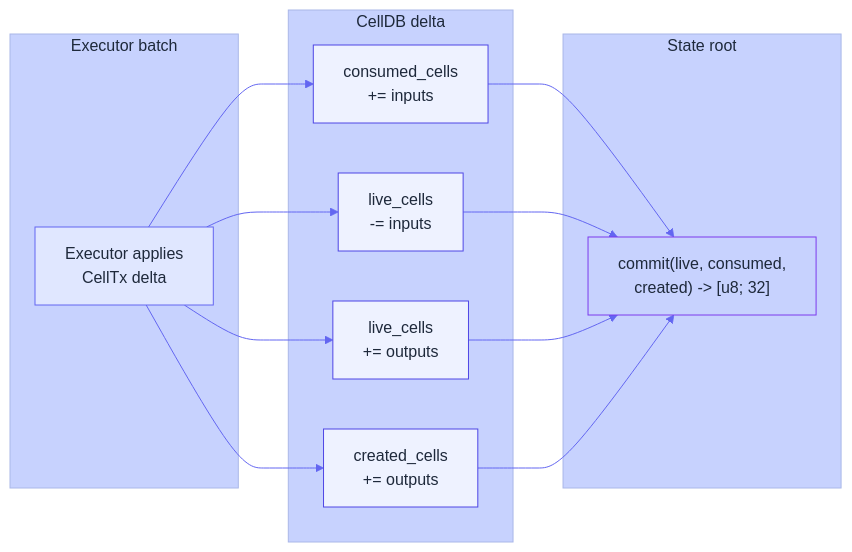
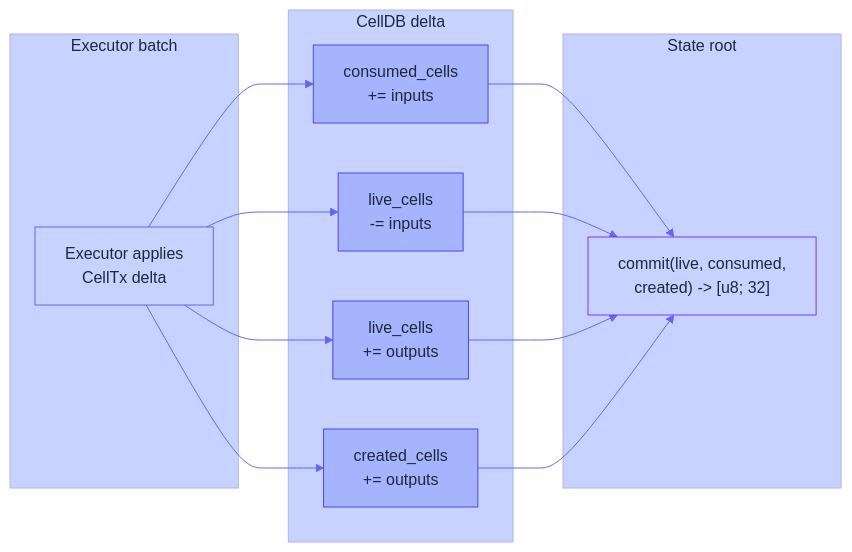
One commit to Myelin-Labs/Myelin changed the first of 2 diagrams in docs/architecture/state.md. Above: the diagram before and after it, drawn with Mermaid. The commit also changed other lines of this file and 31 other files, not shown here.

````diff
--- a/docs/architecture/state.md
+++ b/docs/architecture/state.md
@@ -27,36 +27,36 @@
 ```mermaid
 %%{init: {
   "theme": "base",
   "themeVariables": {
-    "primaryColor": "#EEF2FF",
+    "primaryColor": "#A5B4FC",
     "primaryTextColor": "#1E293B",
     "primaryBorderColor": "#4F46E5",
     "lineColor": "#6366F1",
-    "secondaryColor": "#E0E7FF",
+    "secondaryColor": "#C7D2FE",
     "tertiaryColor": "#C7D2FE"
   }
 }}%%
 flowchart LR
     subgraph BATCH["Executor batch"]
         E["Executor applies<br/>CellTx delta"]:::exec
     end
     subgraph DELTA["CellDB delta"]
         D1["consumed_cells<br/>+= inputs"]:::delta
         D2["live_cells<br/>-= inputs"]:::delta
         D3["live_cells<br/>+= outputs"]:::delta
         D4["created_cells<br/>+= outputs"]:::delta
     end
     subgraph ROOT["State root"]
         R["commit(live, consumed,<br/>created) -> [u8; 32]"]:::root
     end
 
     E --> D1
     E --> D2
     E --> D3
     E --> D4
     D1 & D2 & D3 & D4 --> R
 
-    classDef exec  fill:#E0E7FF,stroke:#6366F1,color:#1E293B;
-    classDef delta fill:#EEF2FF,stroke:#4F46E5,color:#1E293B;
+    classDef exec  fill:#C7D2FE,stroke:#6366F1,color:#1E293B;
+    classDef delta fill:#A5B4FC,stroke:#4F46E5,color:#1E293B;
     classDef root  fill:#C7D2FE,stroke:#7C3AED,color:#1E293B;
 ```
````
